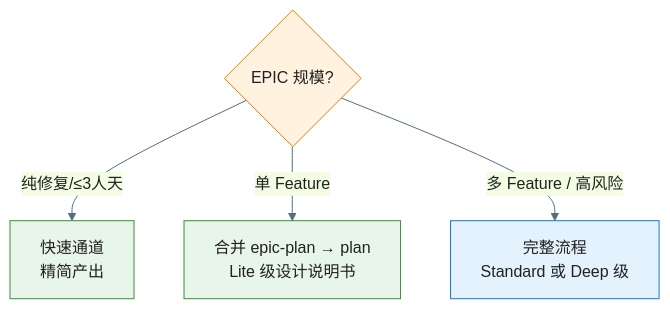
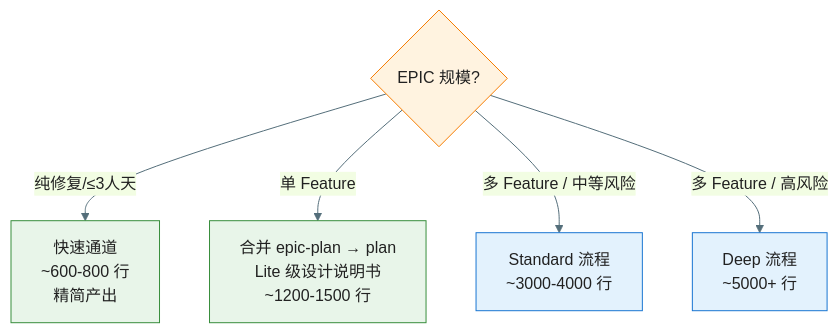
One commit to jackykarma/Verity changed the second of 5 diagrams in .specify/workflow-overview.md. Above: the diagram before and after it, drawn with Mermaid. The commit also changed other lines of this file and 19 other files, not shown here.

````diff
--- a/.specify/workflow-overview.md
+++ b/.specify/workflow-overview.md
@@ -99,13 +115,15 @@
 ```mermaid
 %%{init: {'theme': 'base', 'themeVariables': { 'primaryColor': '#E3F2FD', 'primaryTextColor': '#212121', 'primaryBorderColor': '#1976D2', 'lineColor': '#546E7A'}}}%%
 flowchart TD
     Check{EPIC 规模?}
-    Check -->|"纯修复/≤3人天"| FastTrack["快速通道<br/>精简产出"]
-    Check -->|单 Feature| SingleFeat["合并 epic-plan → plan<br/>Lite 级设计说明书"]
-    Check -->|多 Feature / 高风险| FullTrack["完整流程<br/>Standard 或 Deep 级"]
+    Check -->|"纯修复/≤3人天"| FastTrack["快速通道<br/>~600-800 行<br/>精简产出"]
+    Check -->|单 Feature| SingleFeat["合并 epic-plan → plan<br/>Lite 级设计说明书<br/>~1200-1500 行"]
+    Check -->|多 Feature / 中等风险| Standard["Standard 流程<br/>~3000-4000 行"]
+    Check -->|多 Feature / 高风险| Deep["Deep 流程<br/>~5000+ 行"]
 
     style Check fill:#FFF3E0,stroke:#F57C00
     style FastTrack fill:#E8F5E9,stroke:#388E3C
     style SingleFeat fill:#E8F5E9,stroke:#388E3C
-    style FullTrack fill:#E3F2FD,stroke:#1976D2
+    style Standard fill:#E3F2FD,stroke:#1976D2
+    style Deep fill:#E3F2FD,stroke:#1976D2
 ```
````
